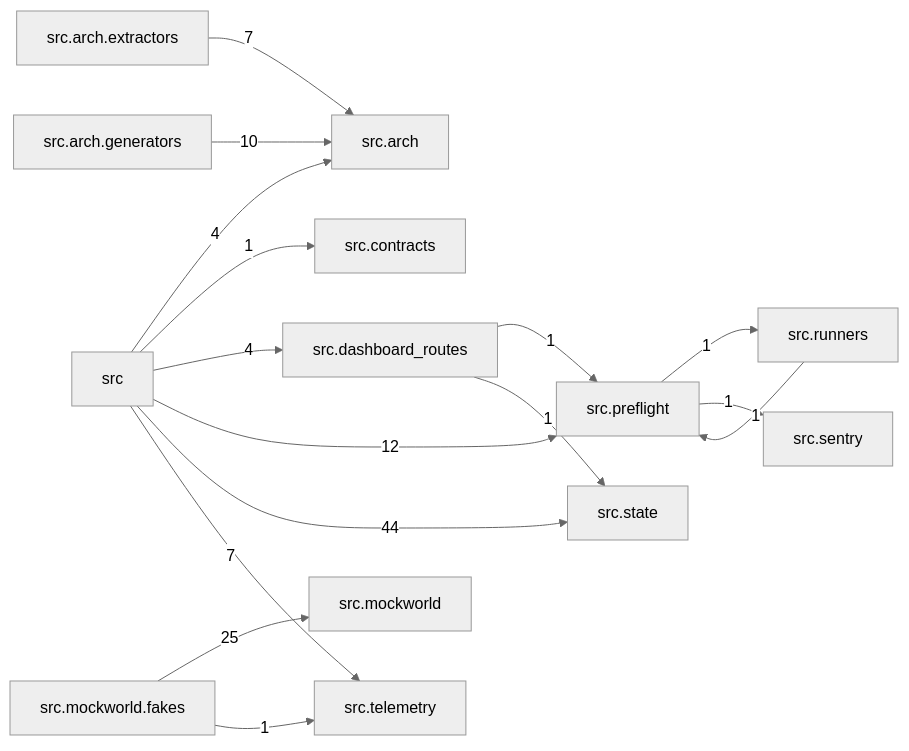
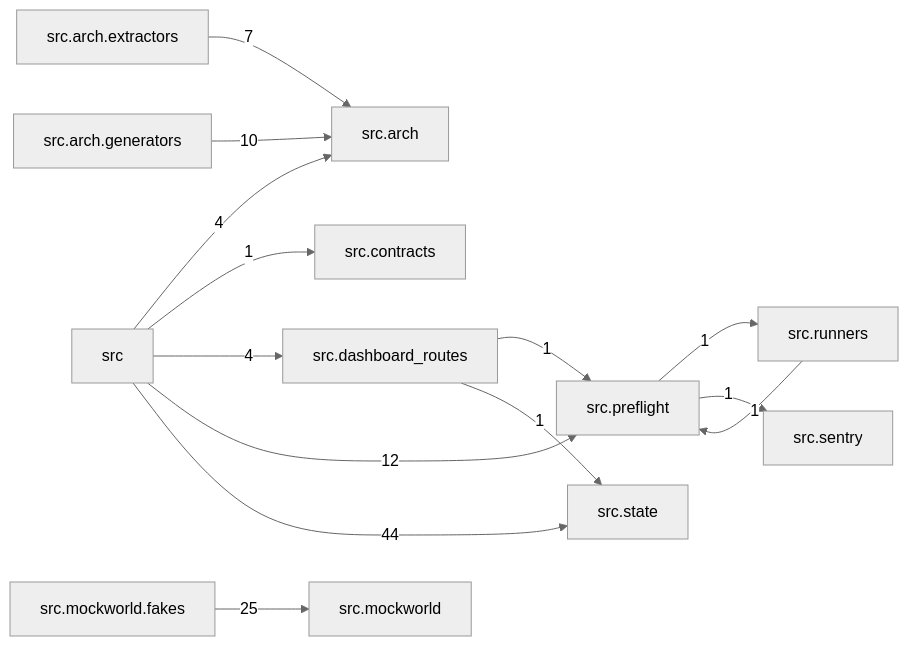
The diagram in docs/arch/generated/modules.md (T-rav/hyrdaflow), drawn with Mermaid (neutral theme) before and after one commit. The commit also changed other lines of this file and 10 other files, not shown here.

````diff
--- a/docs/arch/generated/modules.md
+++ b/docs/arch/generated/modules.md
@@ -7,31 +7,28 @@
 ```mermaid
 graph LR
     src["src"]
     src_arch["src.arch"]
     src_arch_extractors["src.arch.extractors"]
     src_arch_generators["src.arch.generators"]
     src_contracts["src.contracts"]
     src_dashboard_routes["src.dashboard_routes"]
     src_mockworld["src.mockworld"]
     src_mockworld_fakes["src.mockworld.fakes"]
     src_preflight["src.preflight"]
     src_runners["src.runners"]
     src_sentry["src.sentry"]
     src_state["src.state"]
-    src_telemetry["src.telemetry"]
     src -- "4" --> src_arch
     src -- "1" --> src_contracts
     src -- "4" --> src_dashboard_routes
     src -- "12" --> src_preflight
     src -- "44" --> src_state
-    src -- "7" --> src_telemetry
     src_arch_extractors -- "7" --> src_arch
     src_arch_generators -- "10" --> src_arch
     src_dashboard_routes -- "1" --> src_preflight
     src_dashboard_routes -- "1" --> src_state
     src_mockworld_fakes -- "25" --> src_mockworld
-    src_mockworld_fakes -- "1" --> src_telemetry
     src_preflight -- "1" --> src_runners
     src_preflight -- "1" --> src_sentry
     src_runners -- "1" --> src_preflight
 ```
````
